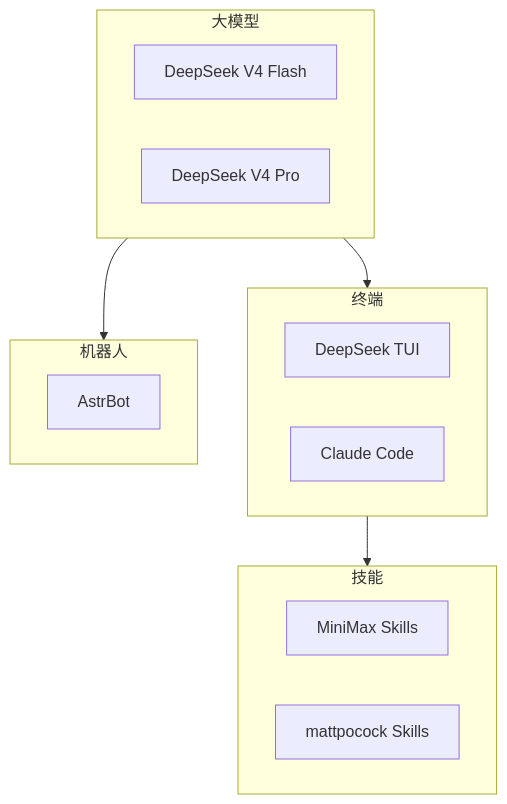
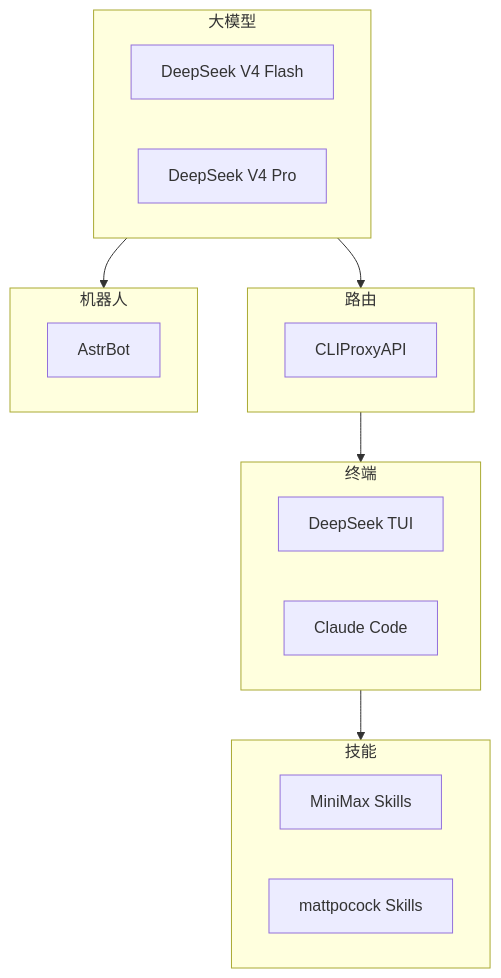
One commit to yuanxin518/ai-path changed the diagram in README.md. Above: the diagram before and after it, drawn with Mermaid. The commit also changed other lines of this file and 1 other file, not shown here.

Commit message:
添加技术栈: CLIProxyAPI → 路由节点

````diff
--- a/README.md
+++ b/README.md
@@ -18,25 +18,30 @@
 ```mermaid
 flowchart TD
     subgraph "大模型"
         DS1["DeepSeek V4 Flash"]
         DS2["DeepSeek V4 Pro"]
+    end
+
+    subgraph "路由"
+        CPA["CLIProxyAPI"]
     end
 
     subgraph "终端"
         TUI["DeepSeek TUI"]
         CC["Claude Code"]
     end
 
     subgraph "技能"
         MSK["MiniMax Skills"]
         PSK["mattpocock Skills"]
     end
 
     subgraph "机器人"
         AB["AstrBot"]
     end
 
-    大模型 --> 终端
+    大模型 --> 路由
+    路由 --> 终端
     终端 --> 技能
     大模型 --> 机器人
 ```
````
